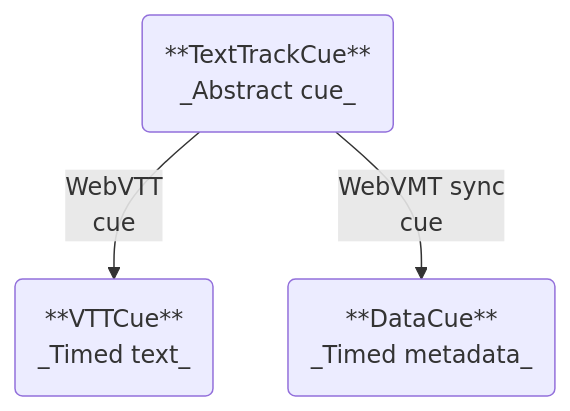
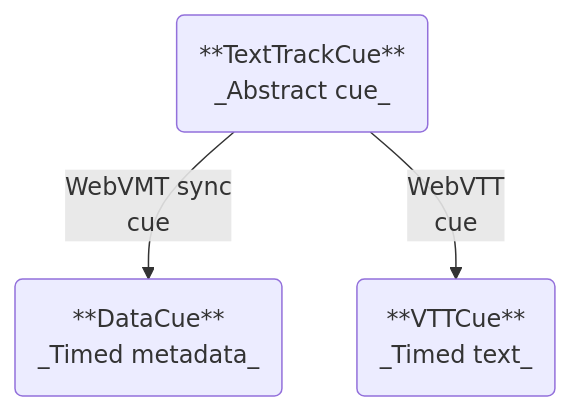
One commit to webvmt/vmt-sync-examples changed the fourth of 4 diagrams in README.md. Above: the diagram before and after it, drawn with Mermaid.

Commit message:
Update README.md
Updated diagram layout

````diff
--- a/README.md
+++ b/README.md
@@ -185,10 +185,10 @@
 ```mermaid
 graph TD
     A("**TextTrackCue**
-    _Abstract cue_") --> |"WebVTT
+    _Abstract cue_") --> |"WebVMT sync
+    cue"| C("**DataCue**
+    _Timed metadata_")
+    A --> |"WebVTT
     cue"| B("**VTTCue**
     _Timed text_")
-    A --> |"WebVMT sync
-    cue"| C("**DataCue**
-    _Timed metadata_")
 ```
````
